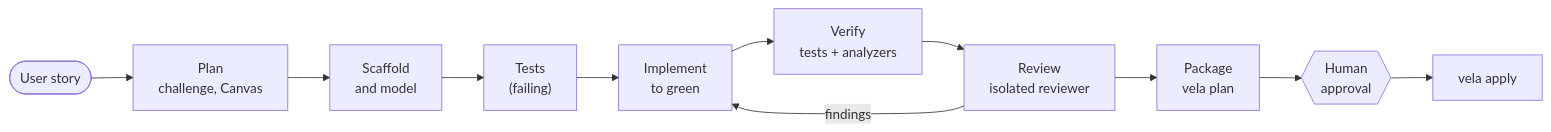
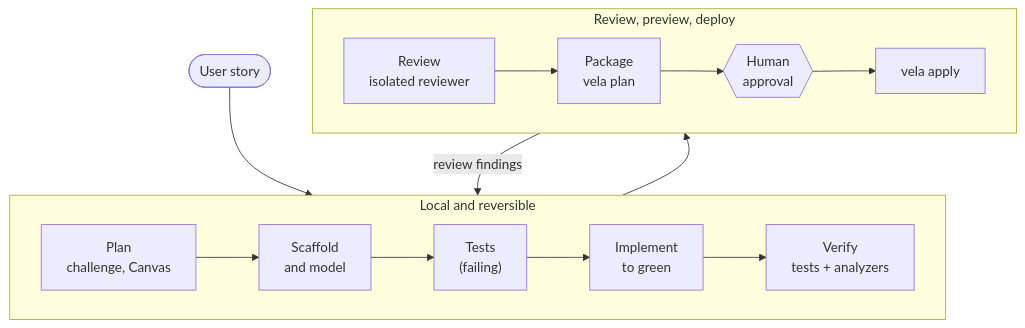
One commit to allandecastro/vela-agentic changed the diagram in docs/build-loop.md. Above: the diagram before and after it, drawn with Mermaid.

Commit message:
docs(build-loop): the loop diagram on two rows (build, then review/preview/deploy) so it renders twice as large

````diff
--- a/docs/build-loop.md
+++ b/docs/build-loop.md
@@ -13,13 +13,14 @@
 ```mermaid
-flowchart LR
-    US([User story]) --> PL["Plan<br/>challenge, Canvas"]
-    PL --> SC["Scaffold<br/>and model"]
-    SC --> RED["Tests<br/>(failing)"]
-    RED --> IM["Implement<br/>to green"]
-    IM --> VR["Verify<br/>tests + analyzers"]
-    VR --> RV["Review<br/>isolated reviewer"]
-    RV -->|findings| IM
-    RV --> PV["Package<br/>vela plan"]
-    PV --> GATE{{"Human<br/>approval"}}
-    GATE --> AP["vela apply"]
+flowchart TB
+    subgraph BUILD ["Local and reversible"]
+        direction LR
+        PL["Plan<br/>challenge, Canvas"] --> SC["Scaffold<br/>and model"] --> RED["Tests<br/>(failing)"] --> IM["Implement<br/>to green"] --> VR["Verify<br/>tests + analyzers"]
+    end
+    subgraph SHIP ["Review, preview, deploy"]
+        direction LR
+        RV["Review<br/>isolated reviewer"] --> PV["Package<br/>vela plan"] --> GATE{{"Human<br/>approval"}} --> AP["vela apply"]
+    end
+    US([User story]) --> BUILD
+    BUILD --> SHIP
+    SHIP -->|review findings| BUILD
 ```
````
